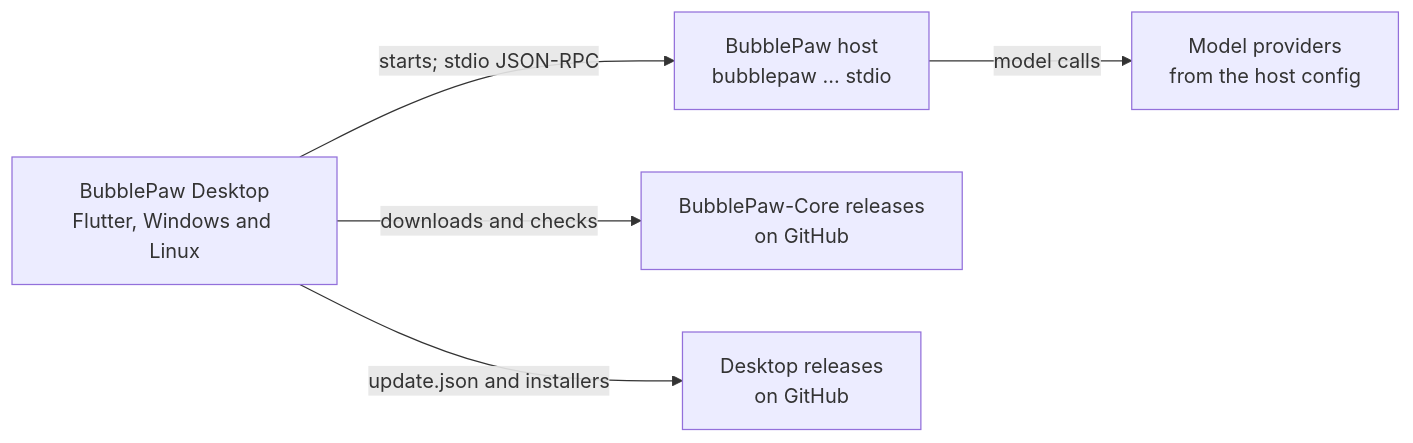
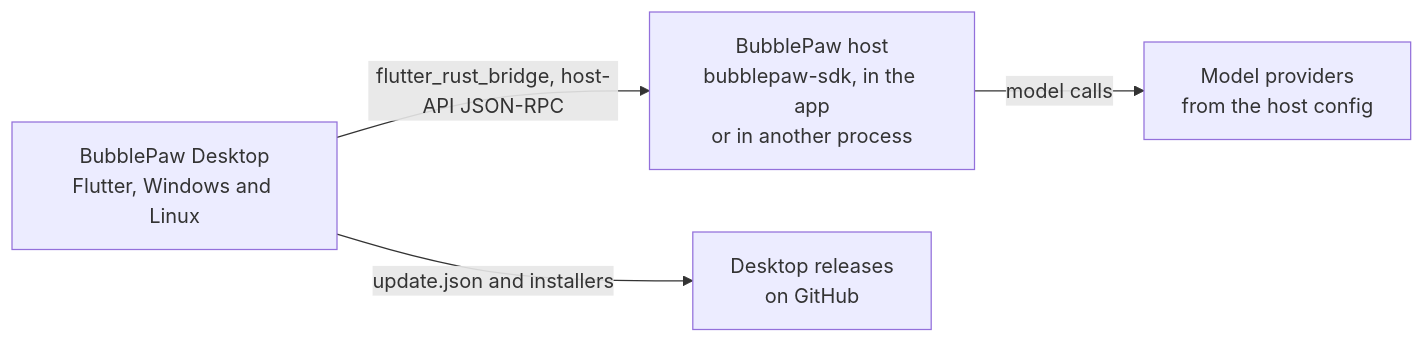
The diagram in README.md (BubbleBuffer/BubblePaw-Desktop), drawn with Mermaid before and after one commit. The commit also changed other lines of this file and 194 other files, not shown here.

First line of the commit message:
Embed Core through bubblepaw-sdk (#25)

````diff
--- a/README.md
+++ b/README.md
@@ -32,7 +31,6 @@
 ```mermaid
 flowchart LR
-  app["BubblePaw Desktop<br/>Flutter, Windows and Linux"] -- "starts; stdio JSON-RPC" --> host["BubblePaw host<br/>bubblepaw ... stdio"]
-  app -- "downloads and checks" --> core["BubblePaw-Core releases<br/>on GitHub"]
+  app["BubblePaw Desktop<br/>Flutter, Windows and Linux"] -- "flutter_rust_bridge, host-API JSON-RPC" --> host["BubblePaw host<br/>bubblepaw-sdk, in the app<br/>or in another process"]
   app -- "update.json and installers" --> desk["Desktop releases<br/>on GitHub"]
   host -- "model calls" --> providers["Model providers<br/>from the host config"]
 ```
````
